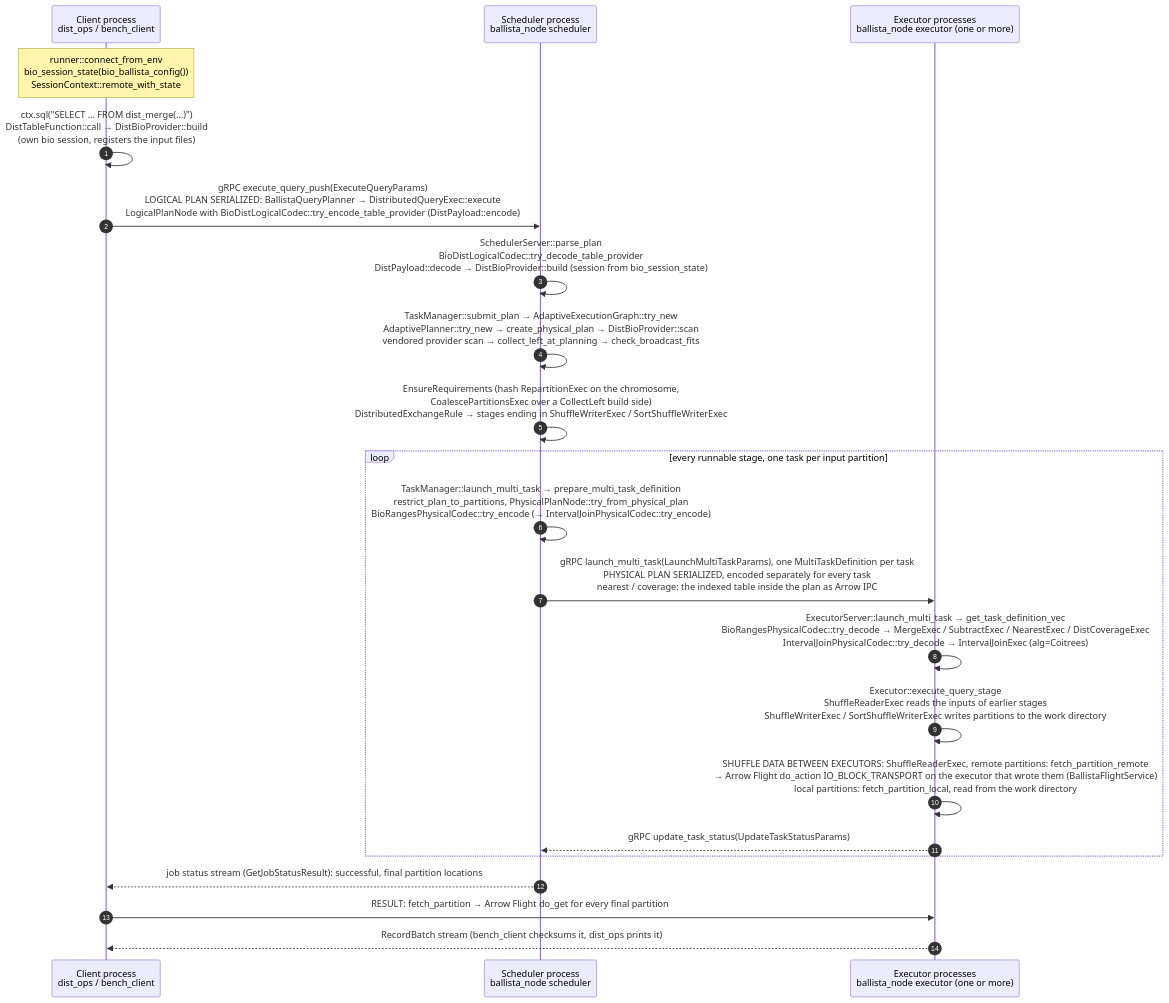
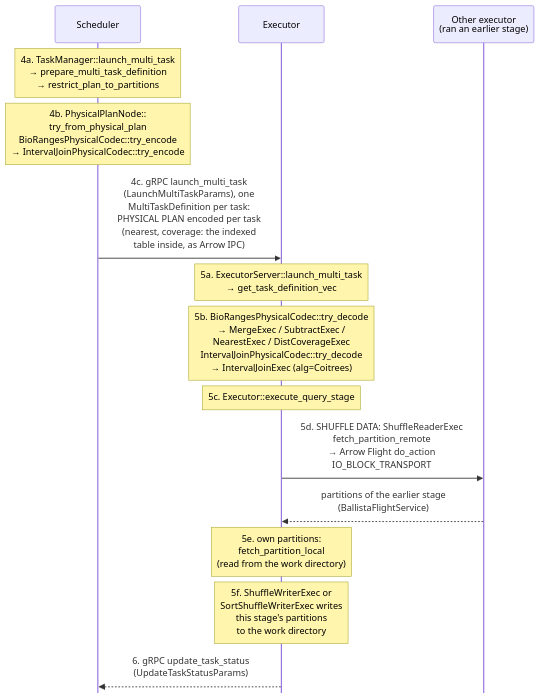
One commit to mkowalewski1282/distributed-polars-bio changed the fourth of 6 diagrams in tools/split/overlay/ballista-genomics/README.md. Above: the diagram before and after it, drawn with Mermaid. The commit also changed other lines of this file, not shown here.

Commit message:
Etap 4: Ballista README - query flow w dwoch poziomach

````diff
--- a/tools/split/overlay/ballista-genomics/README.md
+++ b/tools/split/overlay/ballista-genomics/README.md
@@ -70,25 +158,19 @@
 ```mermaid
+%%{init: {"sequence": {"mirrorActors": false}}}%%
 sequenceDiagram
-    autonumber
-    participant C as Client process<br/>dist_ops / bench_client
-    participant S as Scheduler process<br/>ballista_node scheduler
-    participant E as Executor processes<br/>ballista_node executor (one or more)
+    participant S as Scheduler
+    participant E as Executor
+    participant O as Other executor<br/>(ran an earlier stage)
 
-    Note over C: runner::connect_from_env<br/>bio_session_state(bio_ballista_config())<br/>SessionContext::remote_with_state
-    C->>C: ctx.sql("SELECT ... FROM dist_merge(...)")<br/>DistTableFunction::call → DistBioProvider::build<br/>(own bio session, registers the input files)
-    C->>S: gRPC execute_query_push(ExecuteQueryParams)<br/>LOGICAL PLAN SERIALIZED: BallistaQueryPlanner → DistributedQueryExec::execute<br/>LogicalPlanNode with BioDistLogicalCodec::try_encode_table_provider (DistPayload::encode)
-    S->>S: SchedulerServer::parse_plan<br/>BioDistLogicalCodec::try_decode_table_provider<br/>DistPayload::decode → DistBioProvider::build (session from bio_session_state)
-    S->>S: TaskManager::submit_plan → AdaptiveExecutionGraph::try_new<br/>AdaptivePlanner::try_new → create_physical_plan → DistBioProvider::scan<br/>vendored provider scan → collect_left_at_planning → check_broadcast_fits
-    S->>S: EnsureRequirements (hash RepartitionExec on the chromosome,<br/>CoalescePartitionsExec over a CollectLeft build side)<br/>DistributedExchangeRule → stages ending in ShuffleWriterExec / SortShuffleWriterExec
-    loop every runnable stage, one task per input partition
-        S->>S: TaskManager::launch_multi_task → prepare_multi_task_definition<br/>restrict_plan_to_partitions, PhysicalPlanNode::try_from_physical_plan<br/>BioRangesPhysicalCodec::try_encode (→ IntervalJoinPhysicalCodec::try_encode)
-        S->>E: gRPC launch_multi_task(LaunchMultiTaskParams), one MultiTaskDefinition per task<br/>PHYSICAL PLAN SERIALIZED, encoded separately for every task<br/>nearest / coverage: the indexed table inside the plan as Arrow IPC
-        E->>E: ExecutorServer::launch_multi_task → get_task_definition_vec<br/>BioRangesPhysicalCodec::try_decode → MergeExec / SubtractExec / NearestExec / DistCoverageExec<br/>IntervalJoinPhysicalCodec::try_decode → IntervalJoinExec (alg=Coitrees)
-        E->>E: Executor::execute_query_stage<br/>ShuffleReaderExec reads the inputs of earlier stages<br/>ShuffleWriterExec / SortShuffleWriterExec writes partitions to the work directory
-        E->>E: SHUFFLE DATA BETWEEN EXECUTORS: ShuffleReaderExec, remote partitions: fetch_partition_remote<br/>→ Arrow Flight do_action IO_BLOCK_TRANSPORT on the executor that wrote them (BallistaFlightService)<br/>local partitions: fetch_partition_local, read from the work directory
-        E-->>S: gRPC update_task_status(UpdateTaskStatusParams)
-    end
-    S-->>C: job status stream (GetJobStatusResult): successful, final partition locations
-    C->>E: RESULT: fetch_partition → Arrow Flight do_get for every final partition
-    E-->>C: RecordBatch stream (bench_client checksums it, dist_ops prints it)
+    Note over S: 4a. TaskManager::launch_multi_task<br/>→ prepare_multi_task_definition<br/>→ restrict_plan_to_partitions
+    Note over S: 4b. PhysicalPlanNode::<br/>try_from_physical_plan<br/>BioRangesPhysicalCodec::try_encode<br/>→ IntervalJoinPhysicalCodec::try_encode
+    S->>E: 4c. gRPC launch_multi_task<br/>(LaunchMultiTaskParams), one<br/>MultiTaskDefinition per task:<br/>PHYSICAL PLAN encoded per task<br/>(nearest, coverage: the indexed<br/>table inside, as Arrow IPC)
+    Note over E: 5a. ExecutorServer::launch_multi_task<br/>→ get_task_definition_vec
+    Note over E: 5b. BioRangesPhysicalCodec::try_decode<br/>→ MergeExec / SubtractExec /<br/>NearestExec / DistCoverageExec<br/>IntervalJoinPhysicalCodec::try_decode<br/>→ IntervalJoinExec (alg=Coitrees)
+    Note over E: 5c. Executor::execute_query_stage
+    E->>O: 5d. SHUFFLE DATA: ShuffleReaderExec<br/>fetch_partition_remote<br/>→ Arrow Flight do_action<br/>IO_BLOCK_TRANSPORT
+    O-->>E: partitions of the earlier stage<br/>(BallistaFlightService)
+    Note over E: 5e. own partitions:<br/>fetch_partition_local<br/>(read from the work directory)
+    Note over E: 5f. ShuffleWriterExec or<br/>SortShuffleWriterExec writes<br/>this stage's partitions<br/>to the work directory
+    E-->>S: 6. gRPC update_task_status<br/>(UpdateTaskStatusParams)
 ```
````
